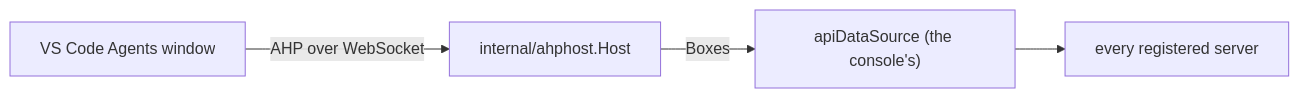
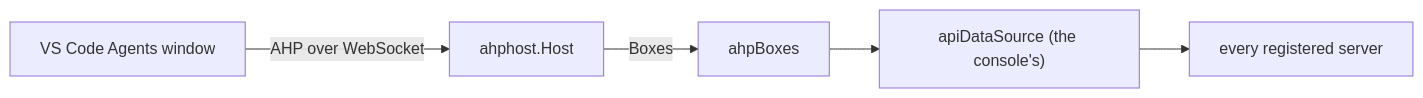
Before and after one commit to discobox-ai/discobox: the first of 2 diagrams in cli/DESIGN.md, drawn with Mermaid. The commit also changed other lines of this file and 53 other files, not shown here.

````diff
--- a/cli/DESIGN.md
+++ b/cli/DESIGN.md
@@ -694,6 +696,7 @@
 ```mermaid
 flowchart LR
-    vscode["VS Code Agents window"] -->|"AHP over WebSocket"| host["internal/ahphost.Host"]
-    host -->|"Boxes"| ds["apiDataSource (the console's)"]
+    vscode["VS Code Agents window"] -->|"AHP over WebSocket"| host["ahphost.Host"]
+    host -->|"Boxes"| boxes["ahpBoxes"]
+    boxes --> ds["apiDataSource (the console's)"]
     ds --> servers["every registered server"]
 ```
````
